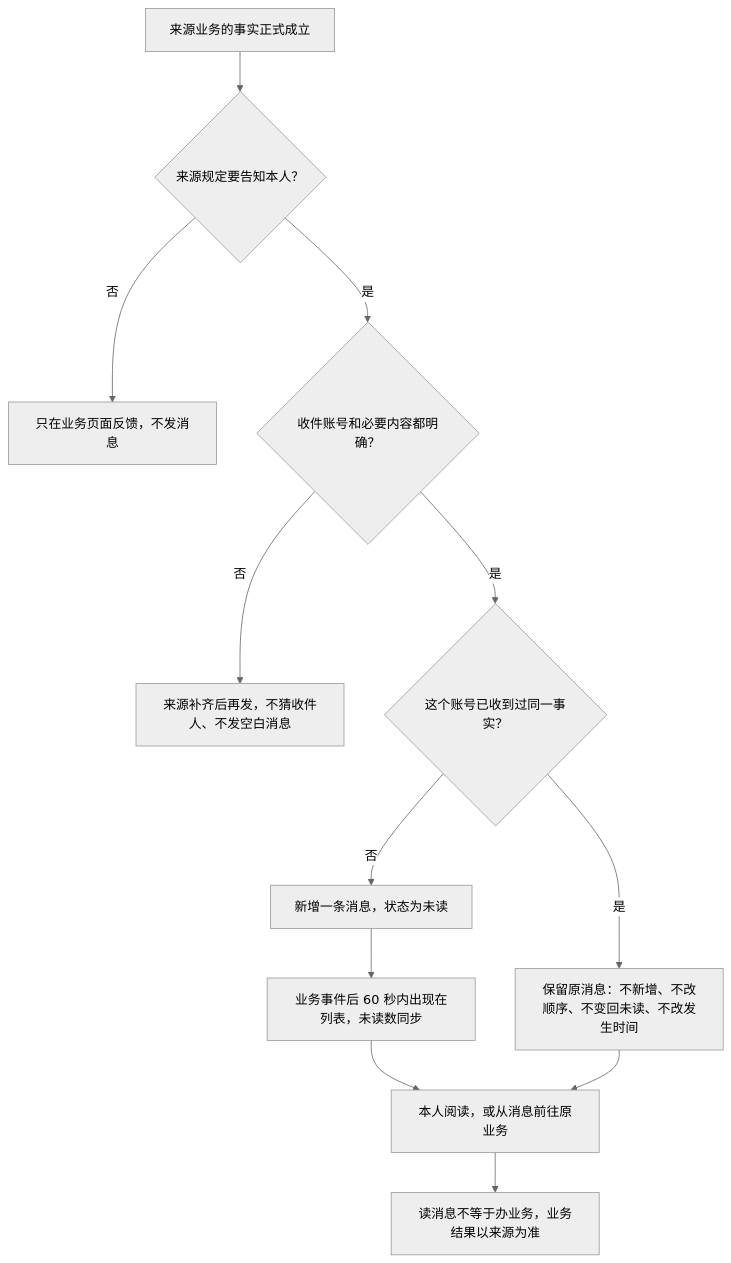
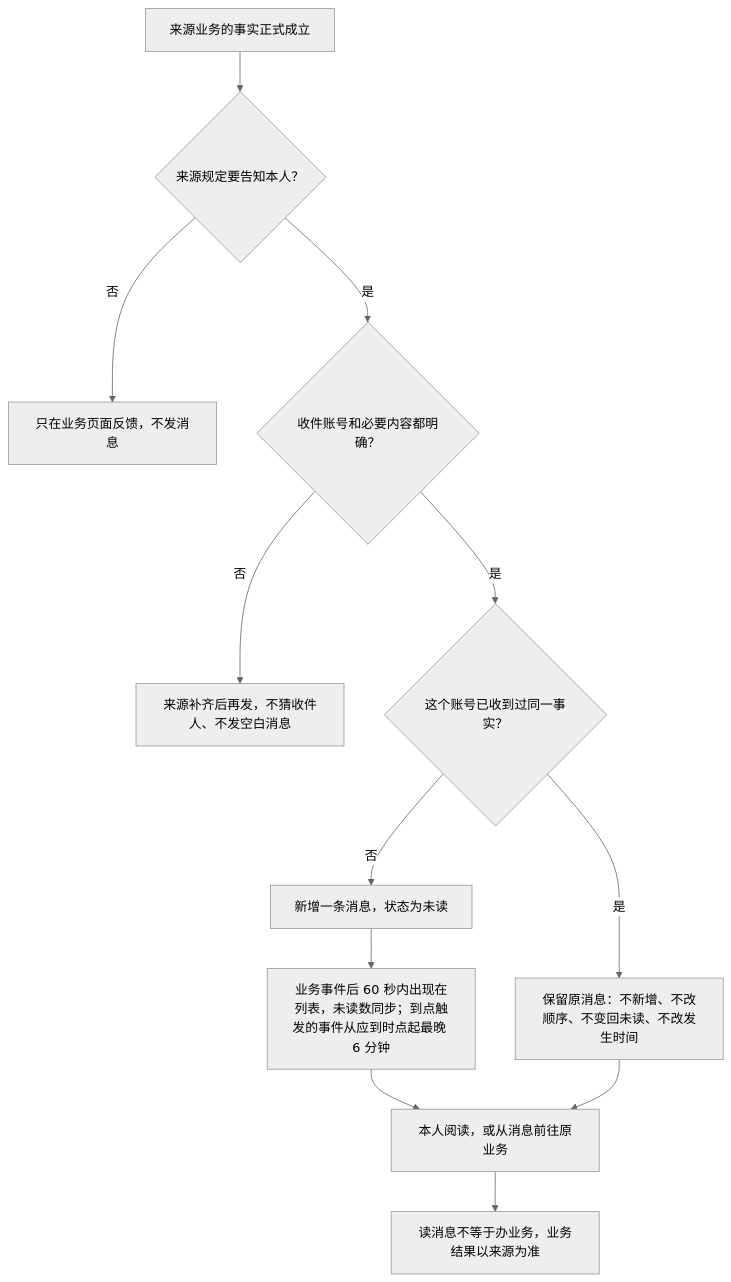
One commit to wxblockchain/Chain-Financing changed the first of 8 diagrams in lending-platform/PRD/面客端/10-面客消息中心/02-面客消息中心-流程图与状态机.md. Above: the diagram before and after it, drawn with Mermaid (neutral theme). The commit also changed 2 other files, not shown here.

Commit message:
docs(WS-379): settle the shared message categories and the time-triggered visibility limit
- 新增 4.4 节两端统一消息分类（业务办理进度、业务提醒、认证与合规、账户安全，运营端另有审核任务、运营告警），RG-NC-02 改为从该表选择，关闭 Q-NC-01
- 共享登记的存放与实现交研发小队，写入依赖
- 到点触发的事件从应到时点起最晚 6 分钟内可见，写入 IF-NC-01、图册与 AC-NC-15，关闭 Q-NC-04
- AC-NC-26 改为校验分类名称属于统一分类

````diff
--- a/lending-platform/PRD/面客端/10-面客消息中心/02-面客消息中心-流程图与状态机.md
+++ b/lending-platform/PRD/面客端/10-面客消息中心/02-面客消息中心-流程图与状态机.md
@@ -21,14 +21,14 @@
 ```mermaid
 flowchart TD
     A["来源业务的事实正式成立"] --> B{"来源规定要告知本人？"}
     B -->|否| C["只在业务页面反馈，不发消息"]
     B -->|是| E{"收件账号和必要内容都明确？"}
     E -->|否| F["来源补齐后再发，不猜收件人、不发空白消息"]
     E -->|是| G{"这个账号已收到过同一事实？"}
     G -->|是| H["保留原消息：不新增、不改顺序、不变回未读、不改发生时间"]
     G -->|否| I["新增一条消息，状态为未读"]
-    I --> J["业务事件后 60 秒内出现在列表，未读数同步"]
+    I --> J["业务事件后 60 秒内出现在列表，未读数同步；到点触发的事件从应到时点起最晚 6 分钟"]
     J --> K["本人阅读，或从消息前往原业务"]
     H --> K
     K --> L["读消息不等于办业务，业务结果以来源为准"]
 ```
````
